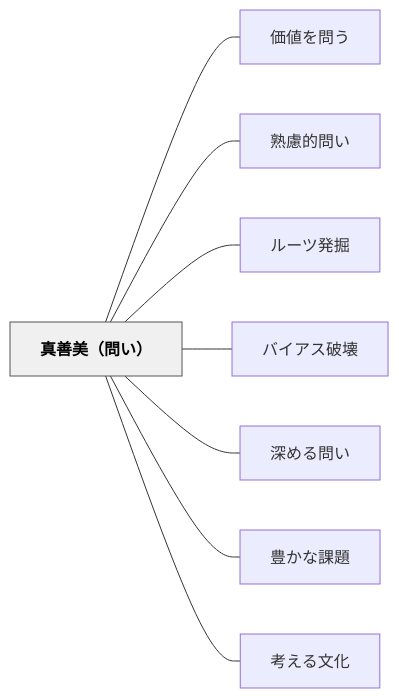
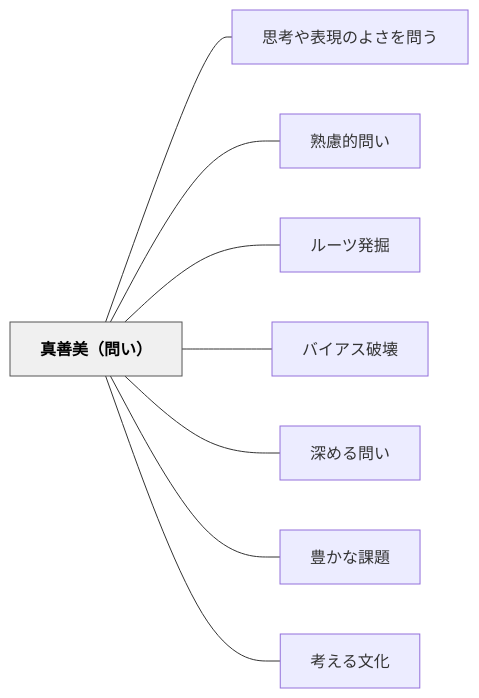
Before and after one commit to unknownthings-ed-patterns/unknownthings-ed-patterns: the diagram in content/パタン/真善美（問い）.md, drawn with Mermaid. The commit also changed other lines of this file and 37 other files, not shown here.

````diff
--- a/content/パタン/真善美（問い）.md
+++ b/content/パタン/真善美（問い）.md
@@ -76,22 +76,22 @@
 ```mermaid
 flowchart LR
     ne79c9fe59684e7be8eefbc88e5958fe38184efbc89["真善美（問い）"]
-    ne4bea1e580a4e38292e5958fe38186["価値を問う"]
+    ne6809de88083e38284e8a1a8e78fbee381aee38288e38195e38292e5958fe38186["思考や表現のよさを問う"]
     ne7869fe685aee79a84e5958fe38184["熟慮的問い"]
     ne383abe383bce38384e799bae68e98["ルーツ発掘"]
     ne38390e382a4e382a2e382b9e7a0b4e5a38a["バイアス破壊"]
     ne6b7b1e38281e3828be5958fe38184["深める問い"]
     ne8b18ae3818be381aae8aab2e9a18c["豊かな課題"]
     ne88083e38188e3828be69687e58c96["考える文化"]
 
-    ne79c9fe59684e7be8eefbc88e5958fe38184efbc89 --- ne4bea1e580a4e38292e5958fe38186
+    ne79c9fe59684e7be8eefbc88e5958fe38184efbc89 --- ne6809de88083e38284e8a1a8e78fbee381aee38288e38195e38292e5958fe38186
     ne79c9fe59684e7be8eefbc88e5958fe38184efbc89 --- ne7869fe685aee79a84e5958fe38184
     ne79c9fe59684e7be8eefbc88e5958fe38184efbc89 --- ne383abe383bce38384e799bae68e98
     ne79c9fe59684e7be8eefbc88e5958fe38184efbc89 --- ne38390e382a4e382a2e382b9e7a0b4e5a38a
     ne79c9fe59684e7be8eefbc88e5958fe38184efbc89 --- ne6b7b1e38281e3828be5958fe38184
     ne79c9fe59684e7be8eefbc88e5958fe38184efbc89 --- ne8b18ae3818be381aae8aab2e9a18c
     ne79c9fe59684e7be8eefbc88e5958fe38184efbc89 --- ne88083e38188e3828be69687e58c96
 
     classDef hub fill:#f0f0f0,stroke:#555,color:#000,font-weight:bold
     class ne79c9fe59684e7be8eefbc88e5958fe38184efbc89 hub
 ```
````
